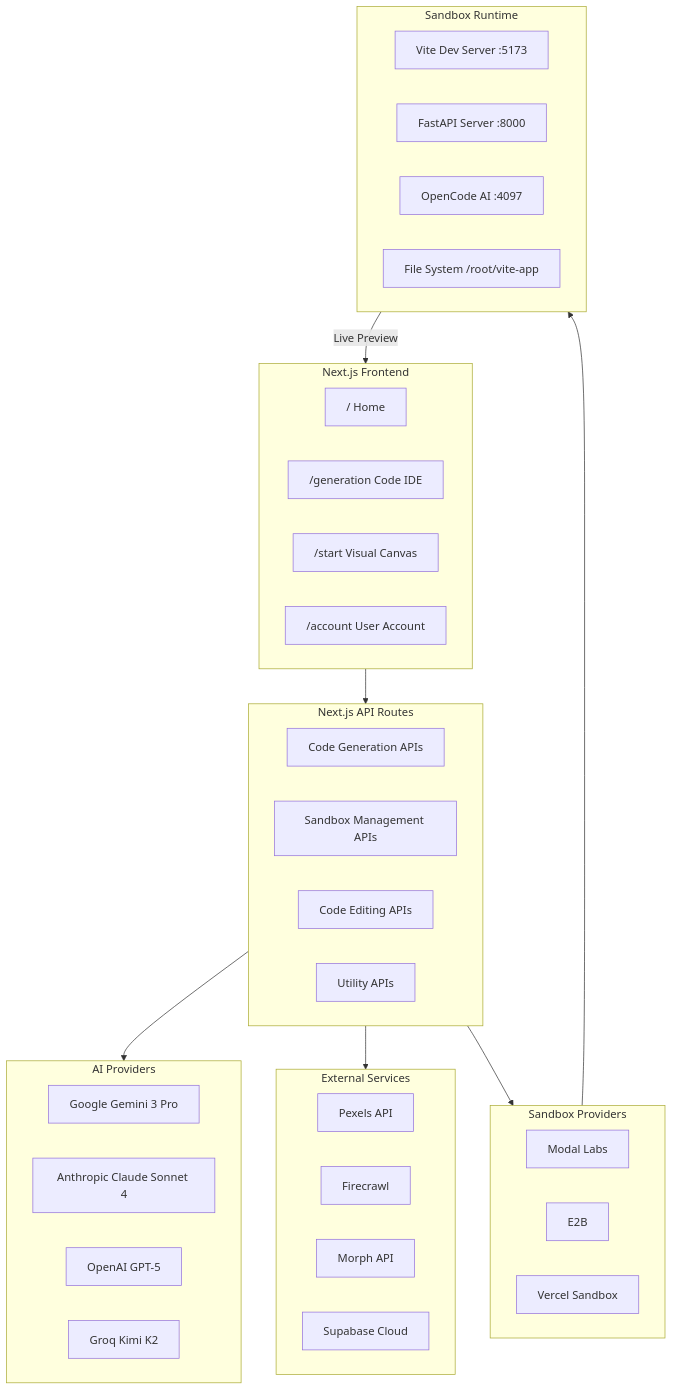
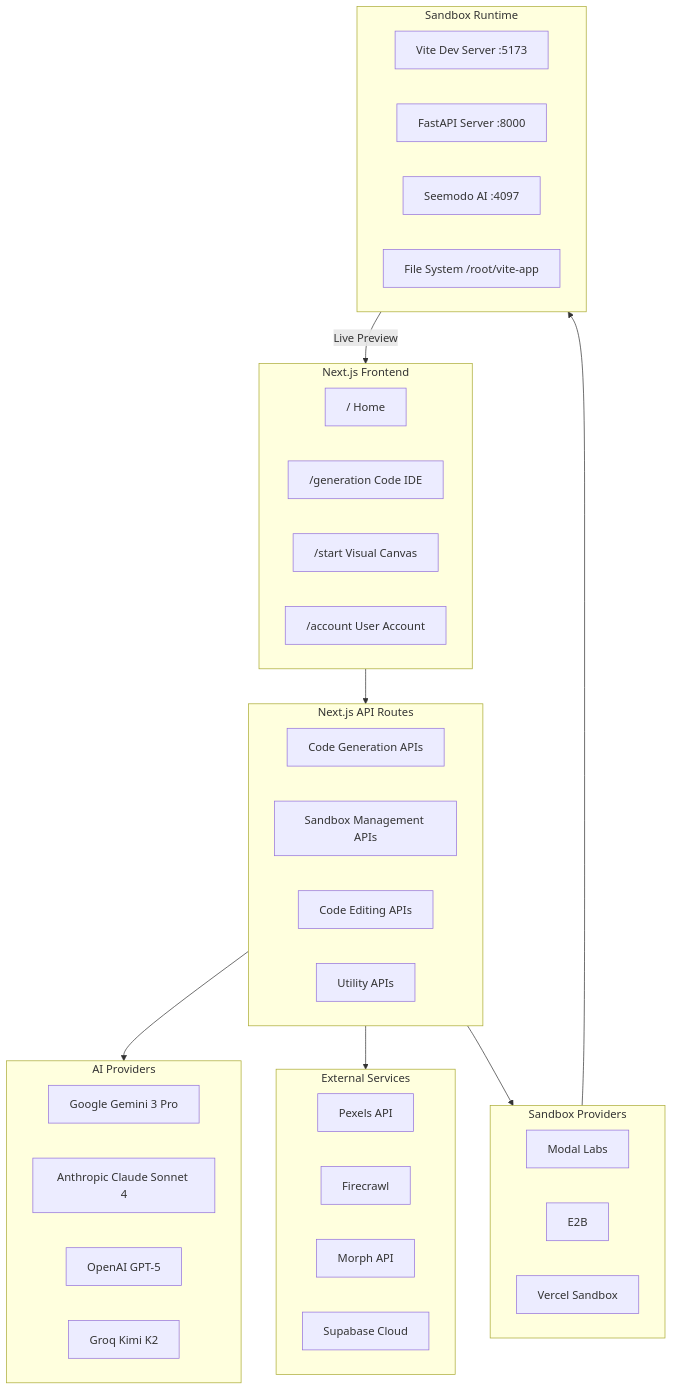
Before and after one commit to Seemodo/docs: the first of 7 diagrams in seemodo/architecture.mdx, drawn with Mermaid. The commit also changed other lines of this file and 23 other files, not shown here.

Commit message:
Update documentation to replace all instances of "OpenCode" with "Seemodo AI" across multiple files, including AGENTS.md, README.md, and various API reference documents, ensuring consistency with the new branding.

````diff
--- a/seemodo/architecture.mdx
+++ b/seemodo/architecture.mdx
@@ -11,50 +11,50 @@
 ```mermaid
 flowchart TB
     subgraph Frontend["Next.js Frontend"]
         Home["/ Home"]
         Generation["/generation Code IDE"]
         Start["/start Visual Canvas"]
         Account["/account User Account"]
     end
 
     subgraph APIRoutes["Next.js API Routes"]
         GenAPI["Code Generation APIs"]
         SandboxAPI["Sandbox Management APIs"]
         EditAPI["Code Editing APIs"]
         UtilAPI["Utility APIs"]
     end
 
     subgraph AIProviders["AI Providers"]
         Gemini["Google Gemini 3 Pro"]
         Claude["Anthropic Claude Sonnet 4"]
         GPT["OpenAI GPT-5"]
         Kimi["Groq Kimi K2"]
     end
 
     subgraph Services["External Services"]
         Pexels["Pexels API"]
         Firecrawl["Firecrawl"]
         Morph["Morph API"]
         Supabase["Supabase Cloud"]
     end
 
     subgraph SandboxProviders["Sandbox Providers"]
         Modal["Modal Labs"]
         E2B["E2B"]
         Vercel["Vercel Sandbox"]
     end
 
     subgraph SandboxRuntime["Sandbox Runtime"]
         Vite["Vite Dev Server :5173"]
         FastAPI["FastAPI Server :8000"]
-        OpenCode["OpenCode AI :4097"]
+        SeemodAI["Seemodo AI :4097"]
         FileSystem["File System /root/vite-app"]
     end
 
     Frontend --> APIRoutes
     APIRoutes --> AIProviders
     APIRoutes --> Services
     APIRoutes --> SandboxProviders
     SandboxProviders --> SandboxRuntime
     SandboxRuntime --> |Live Preview| Frontend
 ```
````
